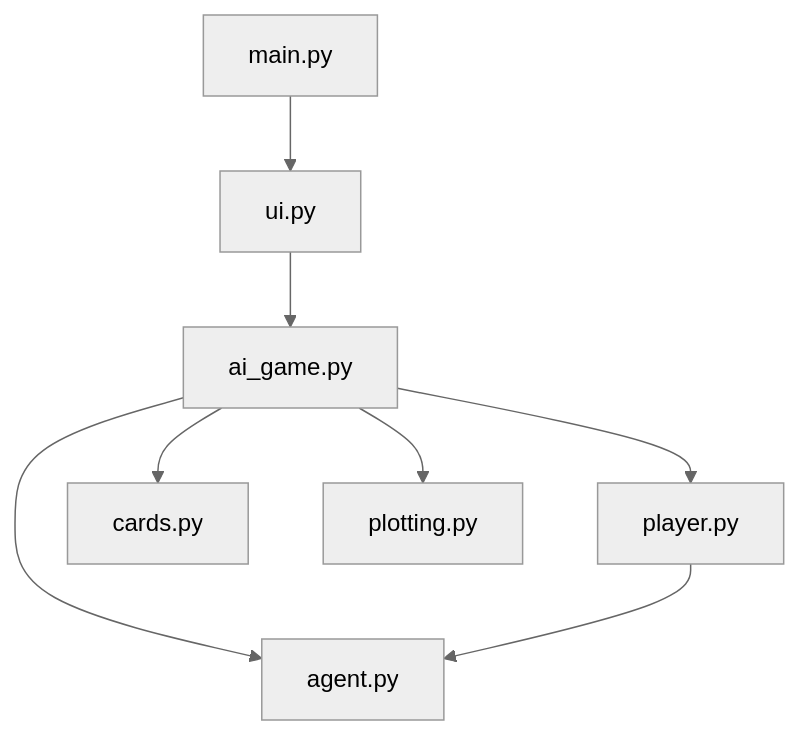
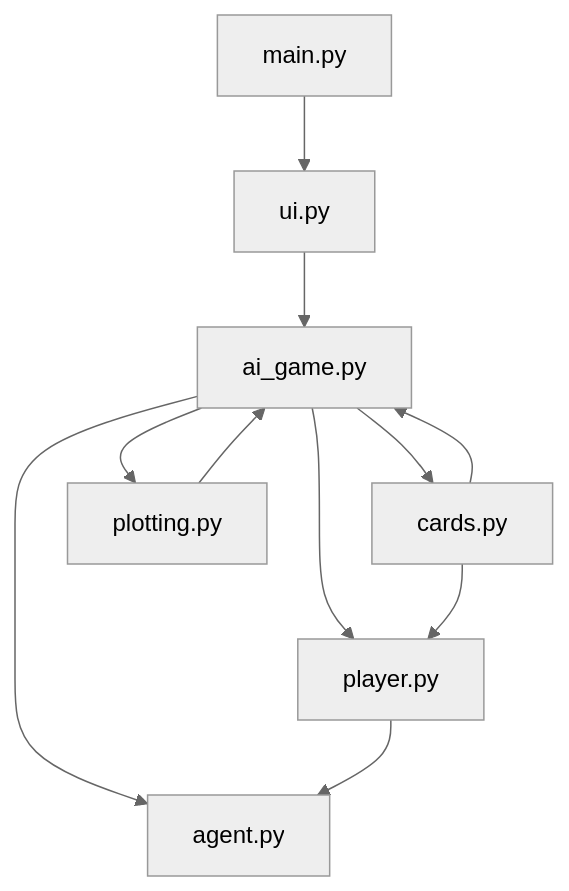
The diagram in software_descriptions/0-software-description.md (rsfutch77/everdell_ai), drawn with Mermaid (neutral theme) before and after one commit. The commit also changed other lines of this file and 6 other files, not shown here.

````diff
--- a/software_descriptions/0-software-description.md
+++ b/software_descriptions/0-software-description.md
@@ -9,10 +9,13 @@
 ```mermaid
 graph TD
     A[main.py] --> B[ui.py]
     B --> C[ai_game.py]
     C --> D[agent.py]
     C --> E[player.py]
     C --> F[cards.py]
     C --> G[plotting.py]
     E --> D
+    F --> C
+    F --> E
+    G --> C
 ```
````
